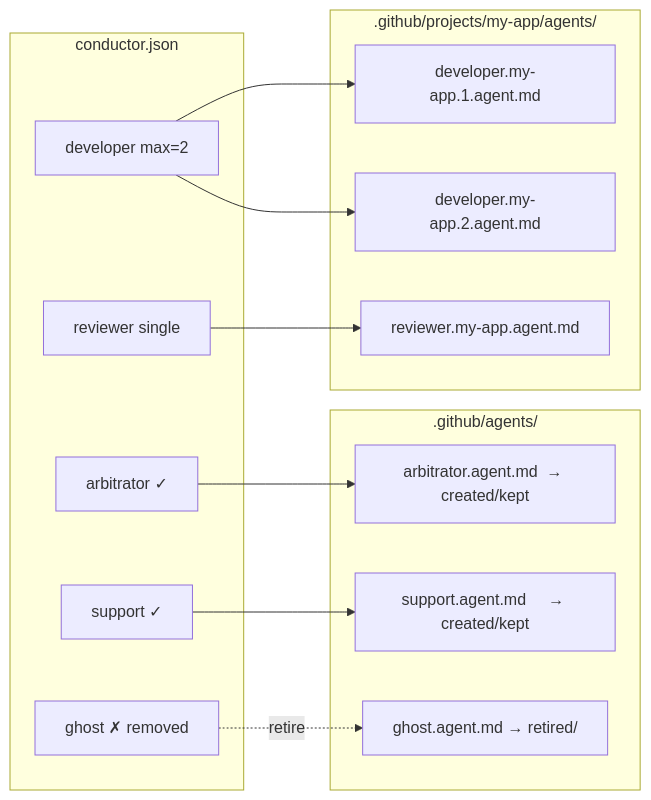
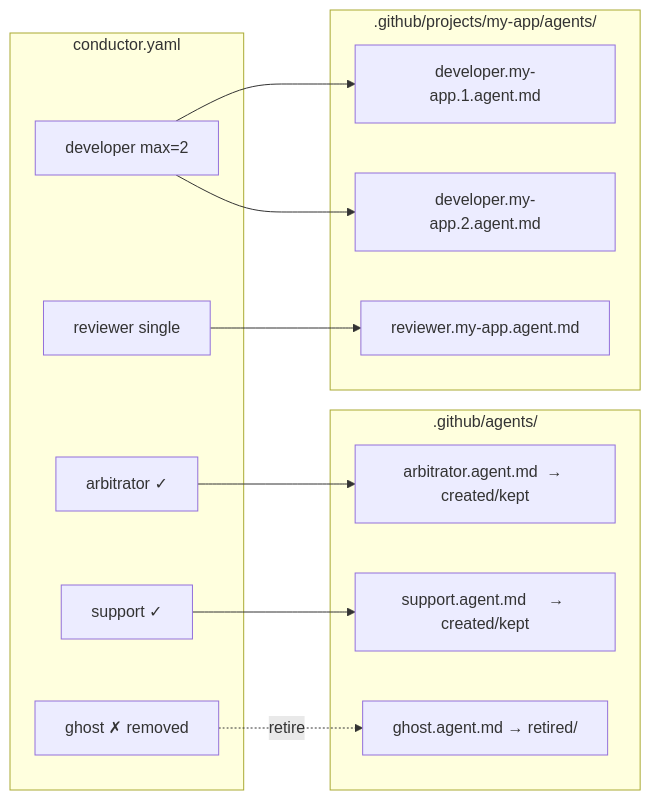
One commit to oliben67/copilot-conductor changed the sixth of 9 diagrams in README.md. Above: the diagram before and after it, drawn with Mermaid. The commit also changed other lines of this file and 1 other file, not shown here.

````diff
--- a/README.md
+++ b/README.md
@@ -523,29 +526,29 @@
 ```mermaid
 flowchart LR
-    subgraph CFG["conductor.json"]
-        R1["arbitrator ✓"] 
+    subgraph CFG["conductor.yaml"]
+        R1["arbitrator ✓"]
         R2["support ✓"]
         R3["ghost ✗ removed"]
         R4["developer  max=2"]
         R5["reviewer  single"]
     end
 
     subgraph SYS[".github/agents/"]
         F1["arbitrator.agent.md  → created/kept"]
         F2["support.agent.md     → created/kept"]
         F3["ghost.agent.md       → retired/"]
     end
 
     subgraph PROJ[".github/projects/my-app/agents/"]
         F4["developer.my-app.1.agent.md"]
         F5["developer.my-app.2.agent.md"]
         F6["reviewer.my-app.agent.md"]
     end
 
     R1 --> F1
     R2 --> F2
     R3 -.->|retire| F3
     R4 --> F4
     R4 --> F5
     R5 --> F6
 ```
````
